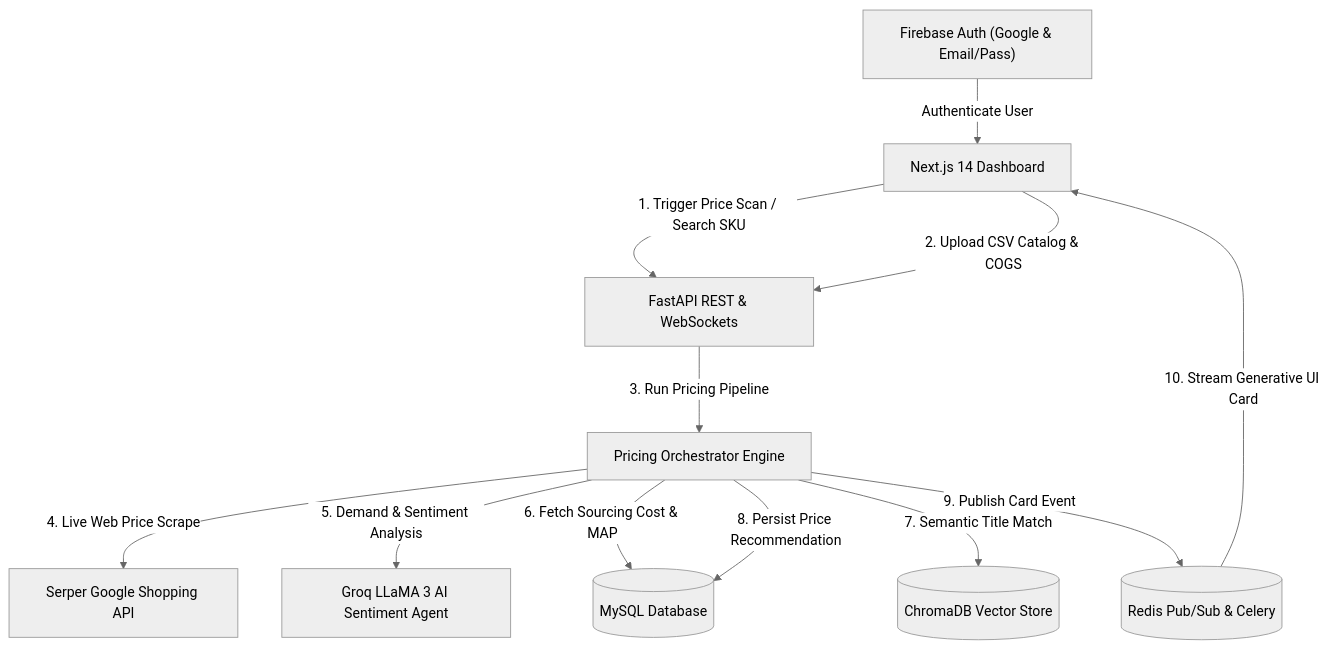
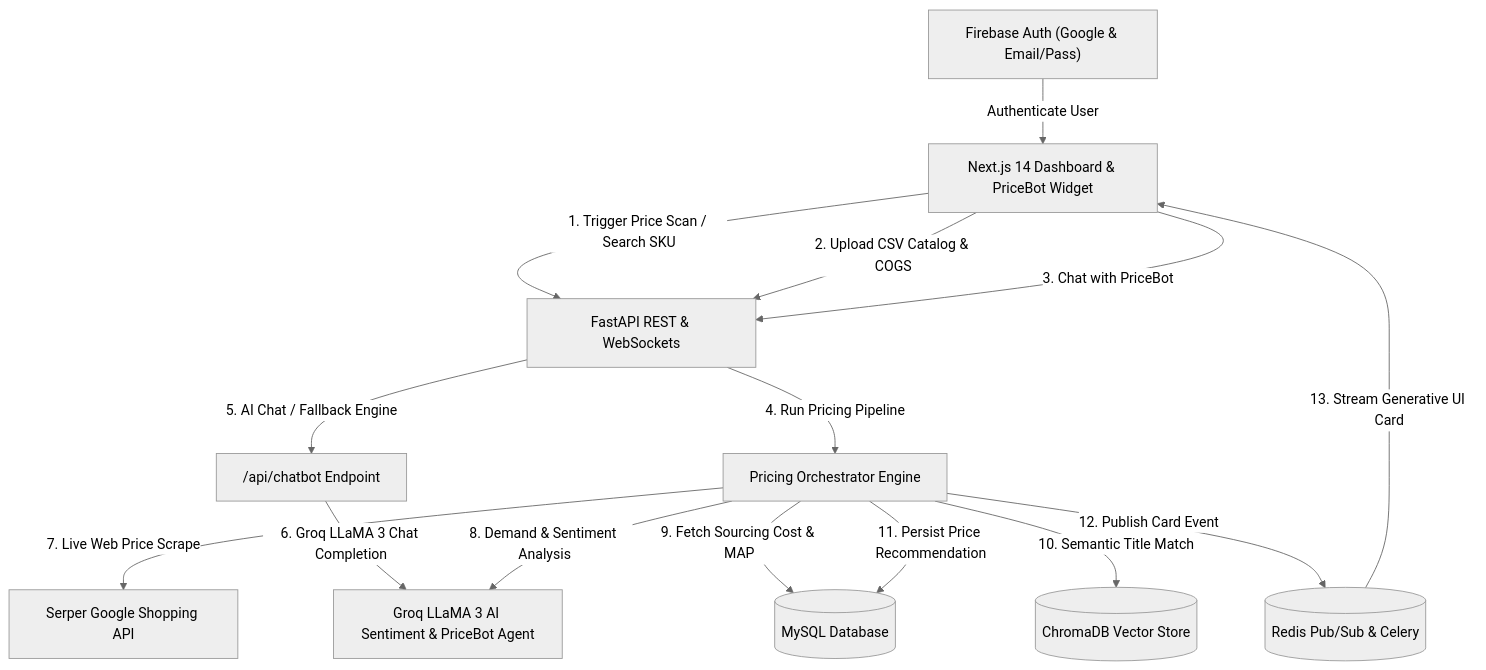
The diagram in README.md (Vansh-2102/Autonomous-E-Commerce-Competitive-Intelligence-Dynamic-Pricing-Engine), drawn with Mermaid (neutral theme) before and after one commit. The commit also changed other lines of this file and 1 other file, not shown here.

Commit message:
docs: update README and .env.example with PriceBot AI chatbot documentation

````diff
--- a/README.md
+++ b/README.md
@@ -23,24 +24,28 @@
 ```mermaid
 graph TD
     Auth["Firebase Auth (Google & Email/Pass)"]
-    UI["Next.js 14 Dashboard"]
+    UI["Next.js 14 Dashboard & PriceBot Widget"]
     API["FastAPI REST & WebSockets"]
     Orchestrator["Pricing Orchestrator Engine"]
+    ChatbotEndpoint["/api/chatbot Endpoint"]
     Serper["Serper Google Shopping API"]
-    Groq["Groq LLaMA 3 AI Sentiment Agent"]
+    Groq["Groq LLaMA 3 AI Sentiment & PriceBot Agent"]
     MySQL[("MySQL Database")]
     Redis[("Redis Pub/Sub & Celery")]
     Chroma[("ChromaDB Vector Store")]
 
     Auth -->|Authenticate User| UI
     UI -->|1. Trigger Price Scan / Search SKU| API
     UI -->|2. Upload CSV Catalog & COGS| API
-    API -->|3. Run Pricing Pipeline| Orchestrator
-    Orchestrator -->|4. Live Web Price Scrape| Serper
-    Orchestrator -->|5. Demand & Sentiment Analysis| Groq
-    Orchestrator -->|6. Fetch Sourcing Cost & MAP| MySQL
-    Orchestrator -->|7. Semantic Title Match| Chroma
-    Orchestrator -->|8. Persist Price Recommendation| MySQL
-    Orchestrator -->|9. Publish Card Event| Redis
-    Redis -->|10. Stream Generative UI Card| UI
+    UI -->|3. Chat with PriceBot| API
+    API -->|4. Run Pricing Pipeline| Orchestrator
+    API -->|5. AI Chat / Fallback Engine| ChatbotEndpoint
+    ChatbotEndpoint -->|6. Groq LLaMA 3 Chat Completion| Groq
+    Orchestrator -->|7. Live Web Price Scrape| Serper
+    Orchestrator -->|8. Demand & Sentiment Analysis| Groq
+    Orchestrator -->|9. Fetch Sourcing Cost & MAP| MySQL
+    Orchestrator -->|10. Semantic Title Match| Chroma
+    Orchestrator -->|11. Persist Price Recommendation| MySQL
+    Orchestrator -->|12. Publish Card Event| Redis
+    Redis -->|13. Stream Generative UI Card| UI
 ```
````
